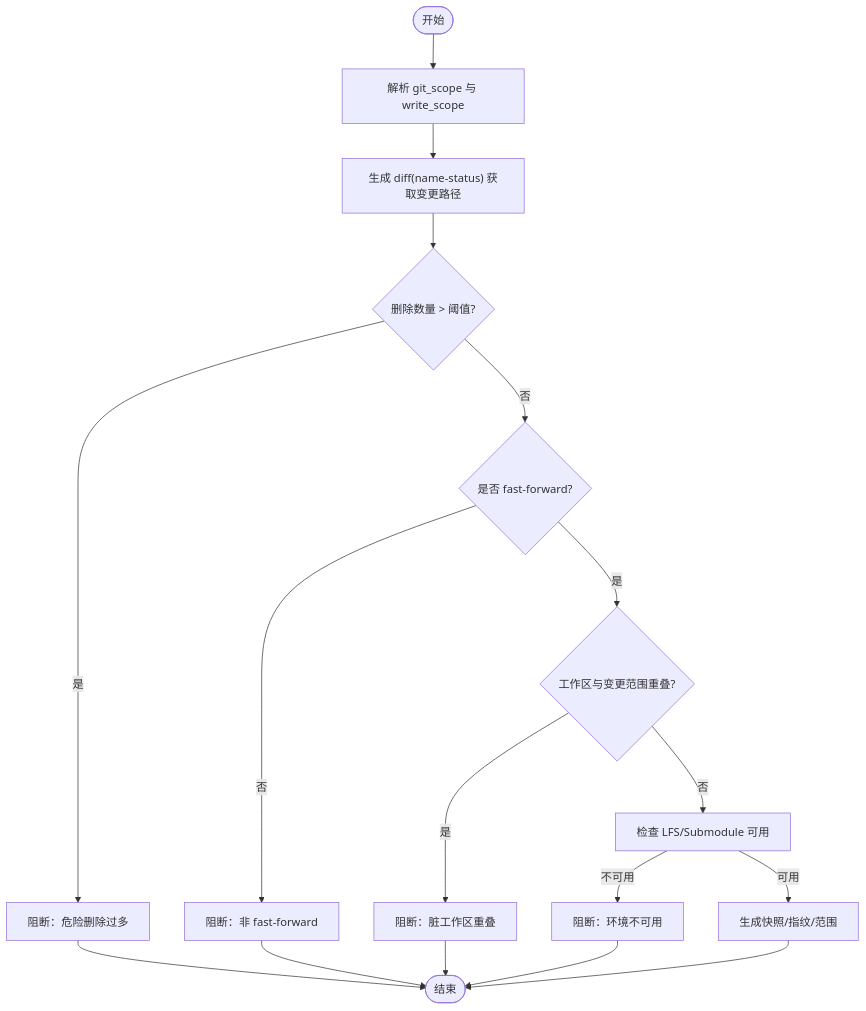
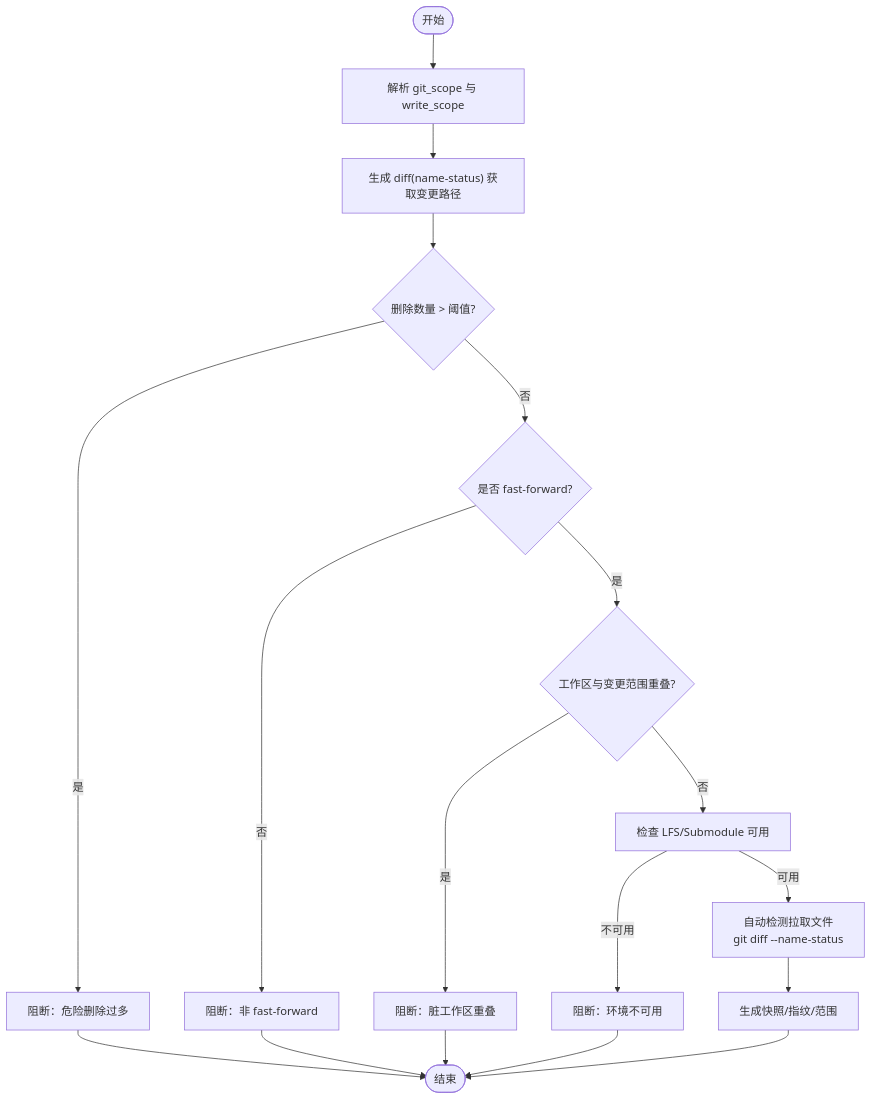
Before and after one commit to HackSing/docs-harness: the third of 5 diagrams in .qoder/repowiki/zh/content/Git集成/版本控制集成/远程仓库同步.md, drawn with Mermaid. The commit also changed other lines of this file and 40 other files, not shown here.

````diff
--- a/.qoder/repowiki/zh/content/Git集成/版本控制集成/远程仓库同步.md
+++ b/.qoder/repowiki/zh/content/Git集成/版本控制集成/远程仓库同步.md
@@ -100,19 +113,20 @@
 ```mermaid
 flowchart TD
 Start(["开始"]) --> Scope["解析 git_scope 与 write_scope"]
 Scope --> Diff["生成 diff(name-status) 获取变更路径"]
 Diff --> DeleteCheck{"删除数量 > 阈值?"}
 DeleteCheck --> |是| Block["阻断：危险删除过多"]
 DeleteCheck --> |否| FFCheck{"是否 fast-forward?"}
 FFCheck --> |否| BlockFF["阻断：非 fast-forward"]
 FFCheck --> |是| DirtyCheck{"工作区与变更范围重叠?"}
 DirtyCheck --> |是| BlockDirty["阻断：脏工作区重叠"]
 DirtyCheck --> |否| LFSSub["检查 LFS/Submodule 可用"]
 LFSSub --> |不可用| BlockEnv["阻断：环境不可用"]
-LFSSub --> |可用| Snapshot["生成快照/指纹/范围"]
+LFSSub --> |可用| AutoDetect["自动检测拉取文件<br/>git diff --name-status"]
+AutoDetect --> Snapshot["生成快照/指纹/范围"]
 Snapshot --> End(["结束"])
 Block --> End
 BlockFF --> End
 BlockDirty --> End
 BlockEnv --> End
 ```
````
